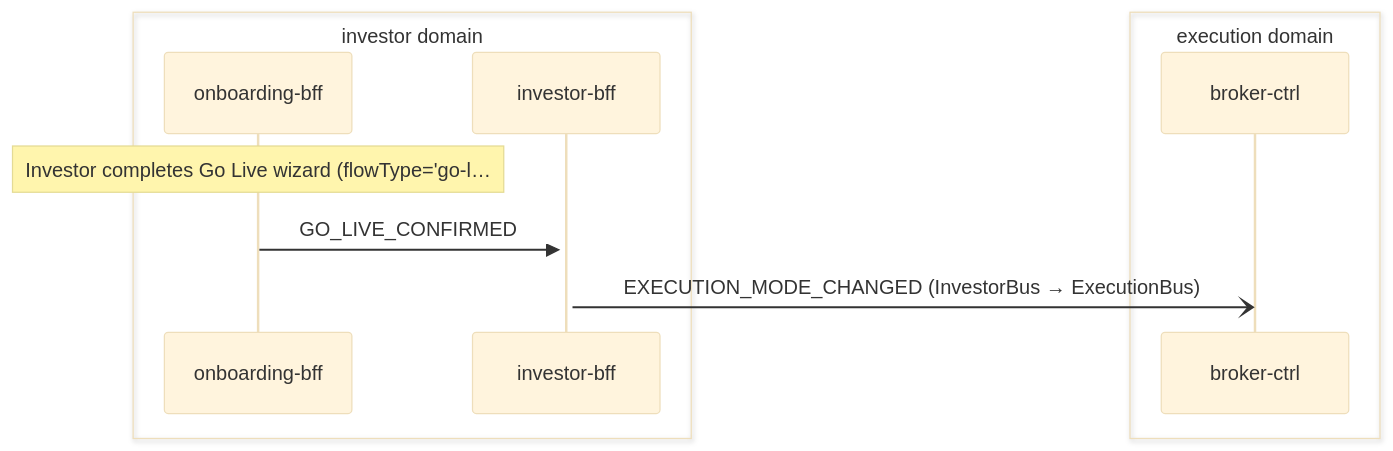
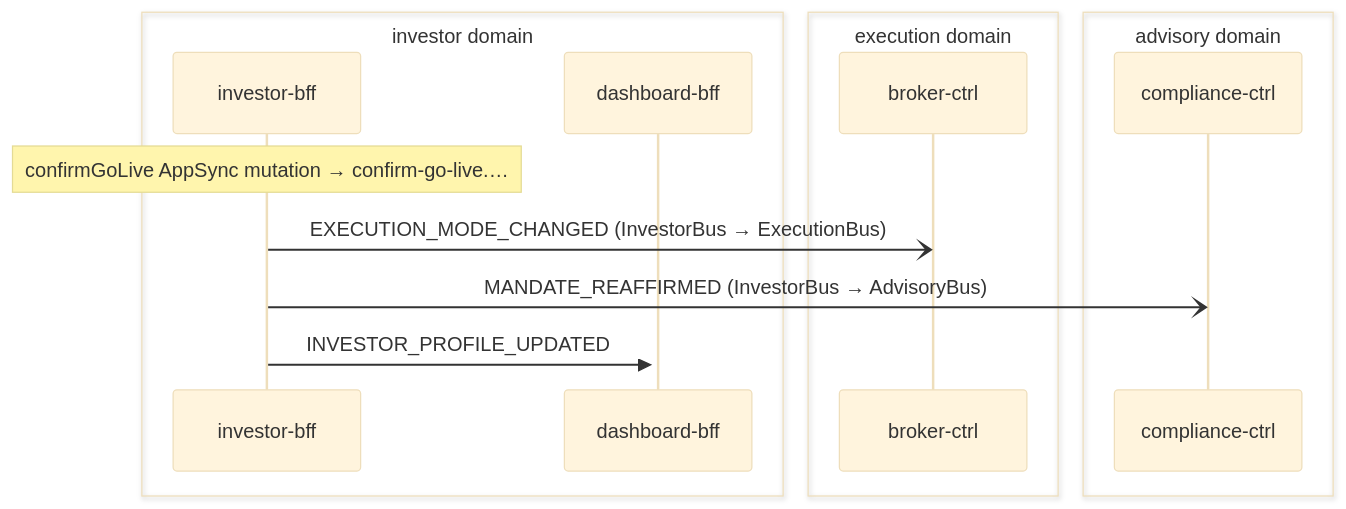
Before and after one commit to fabio-vitali/nestfolio: the second of 2 diagrams in docs/data-flows/go-live.md, drawn with Mermaid (base theme). The commit also changed other lines of this file and 1 other file, not shown here.

First line of the commit message:
docs(go-live): rewrite flow spec for confirmGoLive trigger + mandate-reaffirm + dashboard UI-truth

````diff
--- a/docs/data-flows/go-live.md
+++ b/docs/data-flows/go-live.md
@@ -26,13 +30,17 @@
 ```mermaid
 sequenceDiagram
     box investor domain
-        participant onboarding_bff as onboarding-bff
         participant investor_bff as investor-bff
+        participant dashboard_bff as dashboard-bff
     end
     box execution domain
         participant broker_ctrl as broker-ctrl
     end
-    Note over onboarding_bff: Investor completes Go Live wizard (flowType='go-l…
-    onboarding_bff->>+investor_bff: GO_LIVE_CONFIRMED
+    box advisory domain
+        participant compliance_ctrl as compliance-ctrl
+    end
+    Note over investor_bff: confirmGoLive AppSync mutation → confirm-go-live.…
     investor_bff-)broker_ctrl: EXECUTION_MODE_CHANGED (InvestorBus → ExecutionBus)
+    investor_bff-)compliance_ctrl: MANDATE_REAFFIRMED (InvestorBus → AdvisoryBus)
+    investor_bff->>+dashboard_bff: INVESTOR_PROFILE_UPDATED
 ```
````
